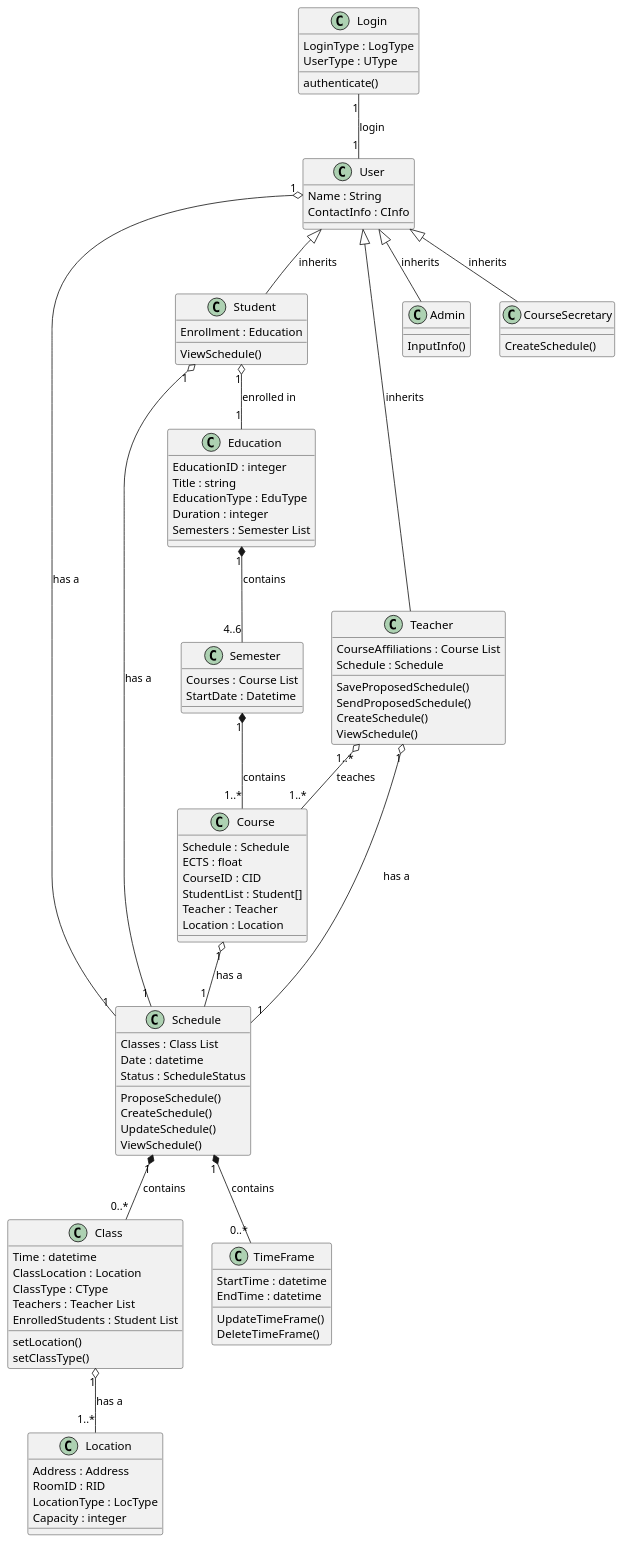
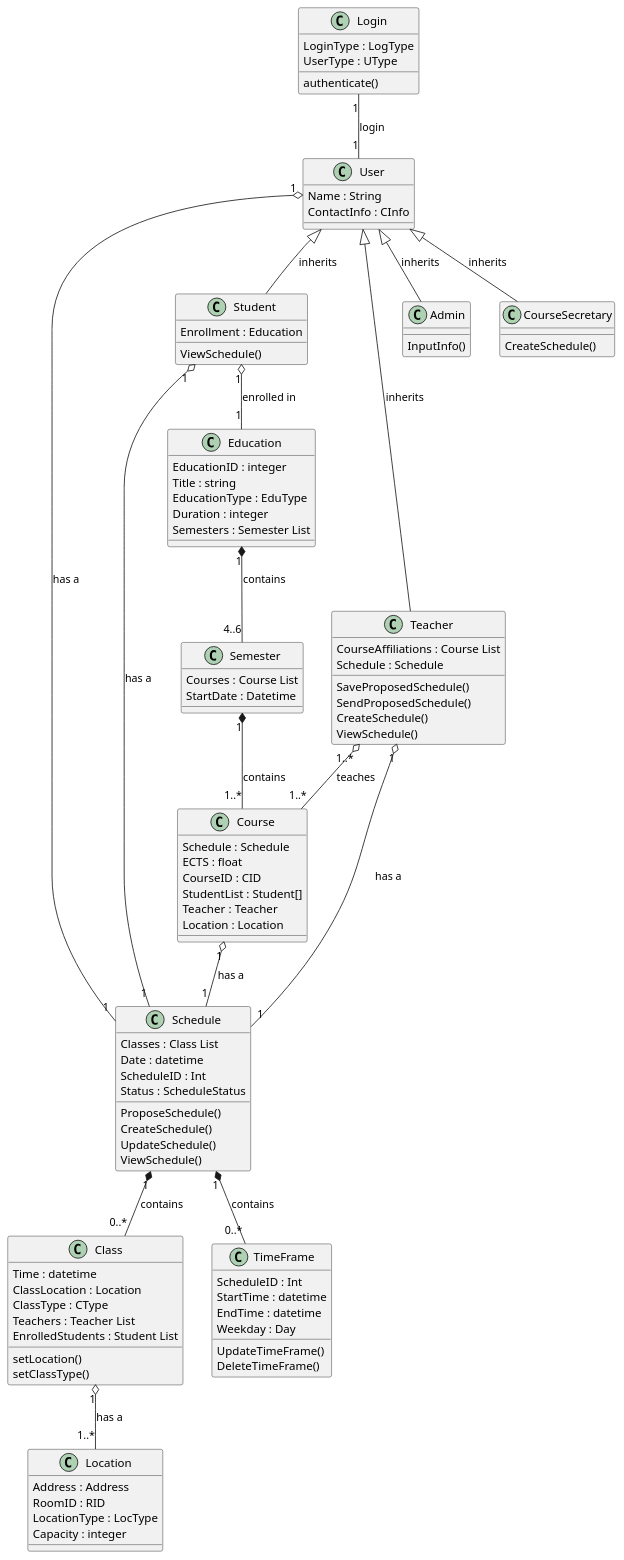
The diagram in Diagrams/ClassDiagram.puml (frejabauch/Systemudvikling_FSIS), drawn with PlantUML before and after one commit. The commit also changed 1 other file, not shown here.

Commit message:
Updated Tables and class diagram

```diff
--- a/Diagrams/ClassDiagram.puml
+++ b/Diagrams/ClassDiagram.puml
@@ -1,114 +1,117 @@
 @startuml ClassDiagram
 
 class Education {
     EducationID : integer
     Title : string
     EducationType : EduType
     Duration : integer
     Semesters : Semester List
 }
 
 class Schedule{
     Classes : Class List
     Date : datetime
+    ScheduleID : Int
     Status : ScheduleStatus
     ProposeSchedule()
     CreateSchedule()
     UpdateSchedule()
     ViewSchedule()
 }
 
 class Location{
     Address : Address
     RoomID : RID
     LocationType : LocType
     Capacity : integer
 }
 
 class Course{
     Schedule : Schedule
     ECTS : float
     CourseID : CID
     StudentList : Student[]
     Teacher : Teacher
     Location : Location
 }
 
 class Class{
     Time : datetime
     ClassLocation : Location
     ClassType : CType
     Teachers : Teacher List
     EnrolledStudents : Student List
     setLocation()
     setClassType()
 }
 
 class Login{
     LoginType : LogType
     UserType : UType
     authenticate()
 }
 
 class User{
     Name : String
     ContactInfo : CInfo
 }
 
 class Semester{
     Courses : Course List
     StartDate : Datetime
 }
 
 class Student{
     Enrollment : Education
     ViewSchedule()
 }
 
 class Teacher{
     CourseAffiliations : Course List
     Schedule : Schedule
     SaveProposedSchedule()
     SendProposedSchedule()
     CreateSchedule()
     ViewSchedule()
 }
 
 class Admin{
     InputInfo()
 }
 
 class TimeFrame{
+    ScheduleID : Int
     StartTime : datetime
     EndTime : datetime
+    Weekday : Day
     UpdateTimeFrame()
     DeleteTimeFrame()
 }
 
 class CourseSecretary{
     CreateSchedule()
 }
 
 User"1" o-- "1" Schedule : has a
 Course"1" o-- "1" Schedule : has a
 Student"1" o-- "1" Schedule : has a
 Teacher"1" o-- "1" Schedule : has a
 
 Education"1" *-- "4..6" Semester : contains
 
 Class "1" o-- "1..*"Location : has a
 
 User <|-- Student : inherits
 User <|-- Teacher : inherits
 User <|-- Admin : inherits
 User <|-- CourseSecretary : inherits
 
 Semester"1" *-- "1..*" Course : contains
 Schedule"1" *-- "0..*" Class : contains
 Schedule"1" *-- "0..*" TimeFrame : contains
 Teacher"1..*" o-- "1..*" Course : teaches
 Student"1" o-- "1" Education : enrolled in
 
 Login "1" -- "1" User : login
 
 @enduml
```
